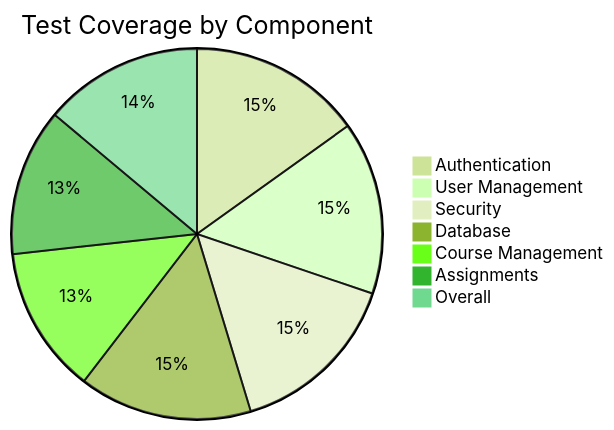
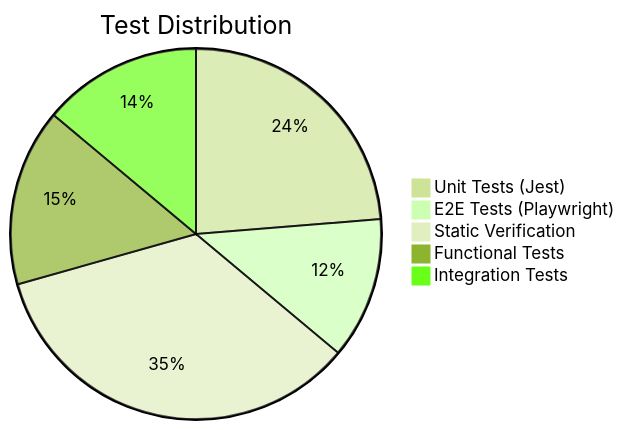
Before and after one commit to Ismat-Samadov/educy: the ninth of 10 diagrams in README.md, drawn with Mermaid (forest theme). The commit also changed other lines of this file and 2 other files, not shown here.

Commit message:
Update test configuration, README, and add comprehensive test documentation

````diff
--- a/README.md
+++ b/README.md
@@ -899,10 +901,8 @@
 ```mermaid
-pie title Test Coverage by Component
-    "Authentication" : 100
-    "User Management" : 100
-    "Security" : 100
-    "Database" : 100
-    "Course Management" : 85
-    "Assignments" : 85
-    "Overall" : 92
+pie title Test Distribution
+    "Unit Tests (Jest)" : 46
+    "E2E Tests (Playwright)" : 24
+    "Static Verification" : 67
+    "Functional Tests" : 30
+    "Integration Tests" : 27
 ```
````
